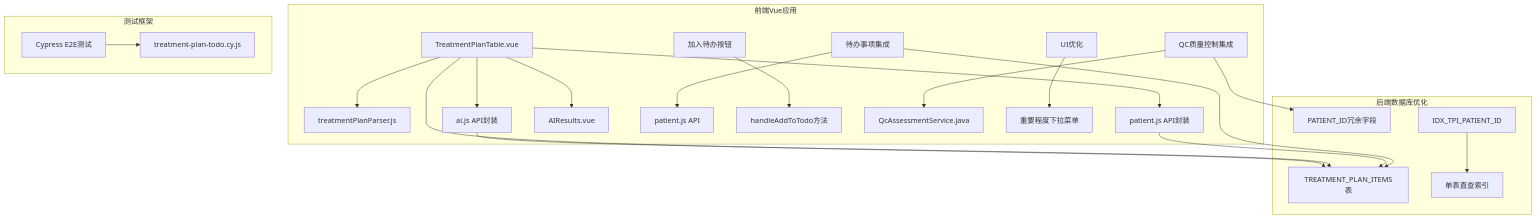
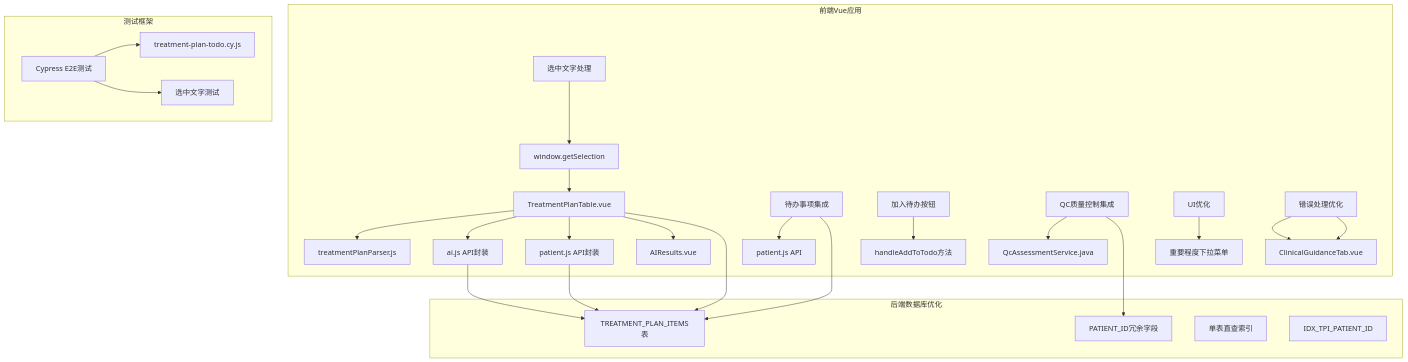
The first of 5 diagrams in .qoder/repowiki/zh/content/核心功能模块/治疗计划表格功能增强.md (liuzh2008/med_ai_assistant_workspace), drawn with Mermaid before and after one commit. The commit also changed other lines of this file and 4 other files, not shown here.

````diff
--- a/.qoder/repowiki/zh/content/核心功能模块/治疗计划表格功能增强.md
+++ b/.qoder/repowiki/zh/content/核心功能模块/治疗计划表格功能增强.md
@@ -76,30 +88,35 @@
 ```mermaid
 graph TB
 subgraph "前端Vue应用"
 A[TreatmentPlanTable.vue] --> B[treatmentPlanParser.js]
 A --> C[ai.js API封装]
 A --> D[patient.js API封装]
 A --> E[AIResults.vue]
 F[待办事项集成] --> G[patient.js API]
 H[加入待办按钮] --> I[handleAddToTodo方法]
 J[QC质量控制集成] --> K[QcAssessmentService.java]
 L[UI优化] --> M[重要程度下拉菜单]
+N[选中文字处理] --> O[window.getSelection]
+P[错误处理优化] --> Q[ClinicalGuidanceTab.vue]
 end
 subgraph "后端数据库优化"
-N[TREATMENT_PLAN_ITEMS表]
-O[PATIENT_ID冗余字段]
-P[单表直查索引]
-Q[IDX_TPI_PATIENT_ID]
+R[TREATMENT_PLAN_ITEMS表]
+S[PATIENT_ID冗余字段]
+T[单表直查索引]
+U[IDX_TPI_PATIENT_ID]
 end
 subgraph "测试框架"
-R[Cypress E2E测试]
-S[treatment-plan-todo.cy.js]
+V[Cypress E2E测试]
+W[treatment-plan-todo.cy.js]
+X[选中文字测试]
 end
-A --> N
-C --> N
-D --> N
-F --> N
-J --> O
-Q --> P
-R --> S
+A --> R
+C --> R
+D --> R
+F --> R
+J --> S
+P --> Q
+O --> A
+V --> W
+V --> X
 ```
````
